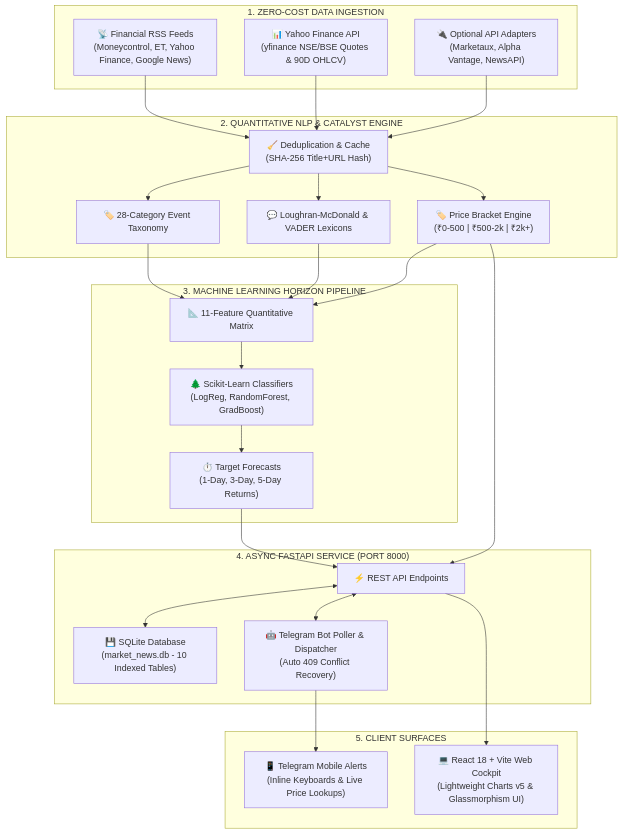
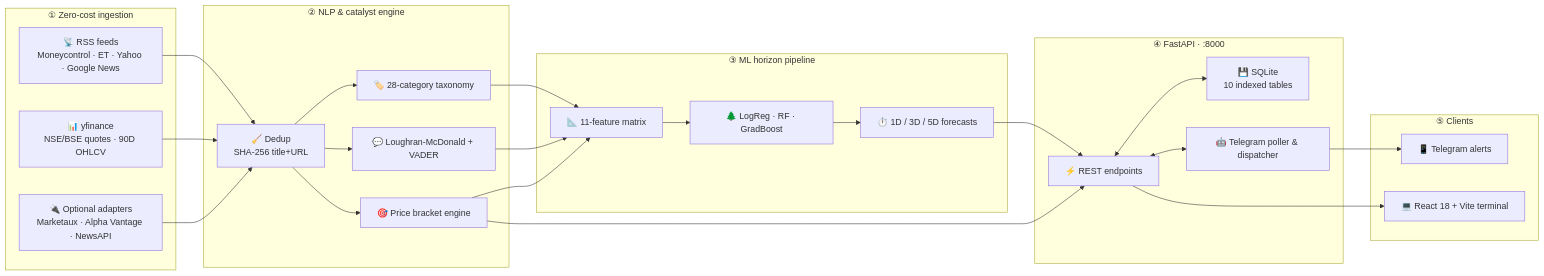
Before and after one commit to 45Hitman18/ProfiteSense: the first of 2 diagrams in README.md, drawn with Mermaid. The commit also changed other lines of this file and 6 other files, not shown here.

Commit message:
docs: integrate visual banner, logo, and preview graphics into README

````diff
--- a/README.md
+++ b/README.md
@@ -106,42 +165,36 @@
 ```mermaid
-flowchart TD
-    subgraph SOURCING ["1. ZERO-COST DATA INGESTION"]
-        A1["📡 Financial RSS Feeds<br/>(Moneycontrol, ET, Yahoo Finance, Google News)"]
-        A2["📊 Yahoo Finance API<br/>(yfinance NSE/BSE Quotes & 90D OHLCV)"]
-        A3["🔌 Optional API Adapters<br/>(Marketaux, Alpha Vantage, NewsAPI)"]
+flowchart LR
+    subgraph SRC ["① Zero-cost ingestion"]
+        A1["📡 RSS feeds<br/>Moneycontrol · ET · Yahoo · Google News"]
+        A2["📊 yfinance<br/>NSE/BSE quotes · 90D OHLCV"]
+        A3["🔌 Optional adapters<br/>Marketaux · Alpha Vantage · NewsAPI"]
     end
-
-    subgraph ENGINE ["2. QUANTITATIVE NLP & CATALYST ENGINE"]
-        B1["🧹 Deduplication & Cache<br/>(SHA-256 Title+URL Hash)"]
-        B2["🏷️ 28-Category Event Taxonomy"]
-        B3["💬 Loughran-McDonald & VADER Lexicons"]
-        B4["🏷️ Price Bracket Engine<br/>(₹0-500 | ₹500-2k | ₹2k+)"]
+    subgraph NLP ["② NLP & catalyst engine"]
+        B1["🧹 Dedup<br/>SHA-256 title+URL"]
+        B2["🏷️ 28-category taxonomy"]
+        B3["💬 Loughran-McDonald + VADER"]
+        B4["🎯 Price bracket engine"]
     end
-
-    subgraph ML ["3. MACHINE LEARNING HORIZON PIPELINE"]
-        C1["📐 11-Feature Quantitative Matrix"]
-        C2["🌲 Scikit-Learn Classifiers<br/>(LogReg, RandomForest, GradBoost)"]
-        C3["⏱️ Target Forecasts<br/>(1-Day, 3-Day, 5-Day Returns)"]
+    subgraph ML ["③ ML horizon pipeline"]
+        C1["📐 11-feature matrix"]
+        C2["🌲 LogReg · RF · GradBoost"]
+        C3["⏱️ 1D / 3D / 5D forecasts"]
     end
-
-    subgraph BACKEND ["4. ASYNC FASTAPI SERVICE (PORT 8000)"]
-        D1["⚡ REST API Endpoints"]
-        D2["💾 SQLite Database<br/>(market_news.db - 10 Indexed Tables)"]
-        D3["🤖 Telegram Bot Poller & Dispatcher<br/>(Auto 409 Conflict Recovery)"]
+    subgraph API ["④ FastAPI · :8000"]
+        D1["⚡ REST endpoints"]
+        D2["💾 SQLite<br/>10 indexed tables"]
+        D3["🤖 Telegram poller & dispatcher"]
     end
-
-    subgraph CLIENTS ["5. CLIENT SURFACES"]
-        E1["💻 React 18 + Vite Web Cockpit<br/>(Lightweight Charts v5 & Glassmorphism UI)"]
-        E2["📱 Telegram Mobile Alerts<br/>(Inline Keyboards & Live Price Lookups)"]
+    subgraph UI ["⑤ Clients"]
+        E1["💻 React 18 + Vite terminal"]
+        E2["📱 Telegram alerts"]
     end
-
     A1 & A2 & A3 --> B1
     B1 --> B2 & B3 & B4
-    B2 & B3 & B4 --> C1
-    C1 --> C2 --> C3
+    B2 & B3 & B4 --> C1 --> C2 --> C3
     B4 & C3 --> D1
     D1 <--> D2
     D1 <--> D3
     D1 --> E1
     D3 --> E2
 ```
````
